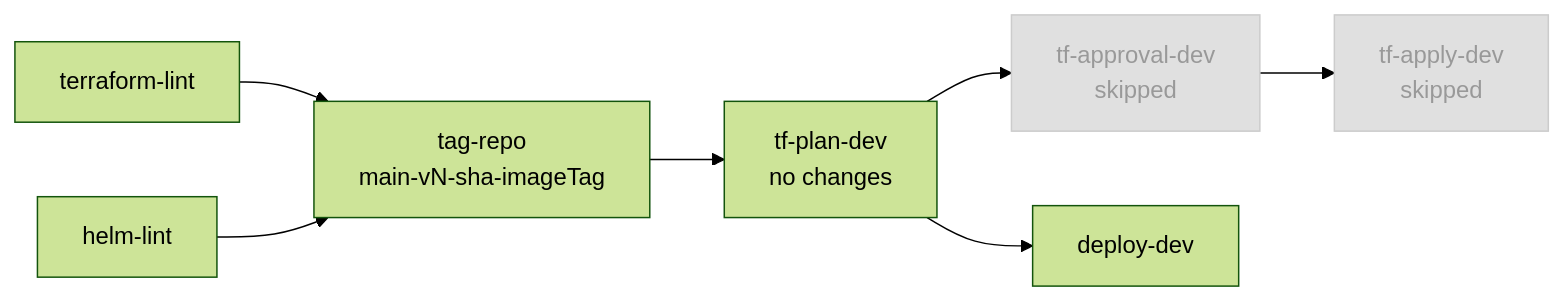
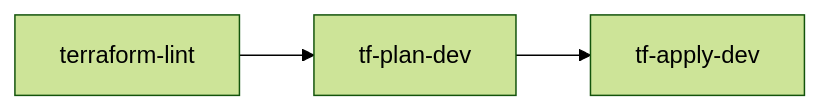
The second of 3 diagrams in README.md (entur/otp2int-deployment-config), drawn with Mermaid (forest theme) before and after one commit. The commit also changed other lines of this file and 7 other files, not shown here.

````diff
--- a/README.md
+++ b/README.md
@@ -74,17 +79,8 @@
 ```mermaid
 flowchart LR
     TFL[terraform-lint]
-    HL[helm-lint]
-    TAG[tag-repo\nmain-vN-sha-imageTag]
-    TFP[tf-plan-dev\nno changes]
-    TFA[tf-approval-dev\nskipped]:::skipped
-    TFAP[tf-apply-dev\nskipped]:::skipped
-    DEP[deploy-dev]
+    TFP[tf-plan-dev]
+    TFAP[tf-apply-dev]
 
-    TFL --> TAG
-    HL --> TAG
-    TAG --> TFP --> TFA --> TFAP
-    TFP --> DEP
-
-    classDef skipped fill:#e0e0e0,color:#999,stroke:#ccc
+    TFL --> TFP --> TFAP
 ```
````
